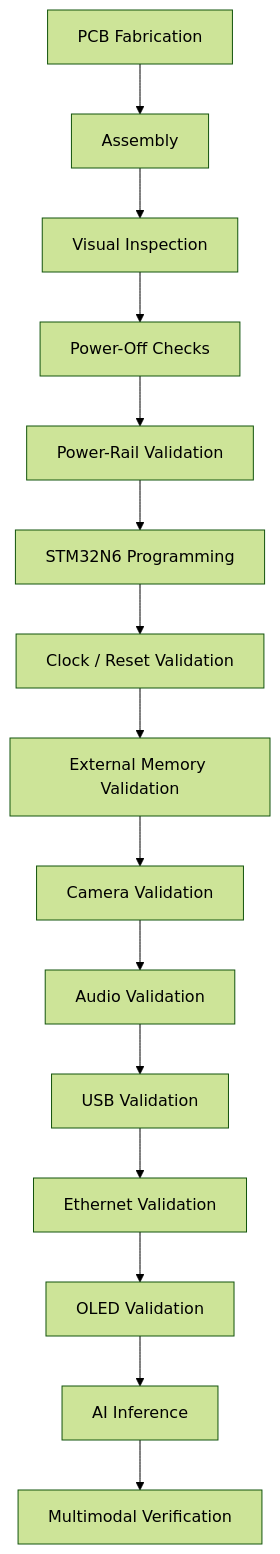
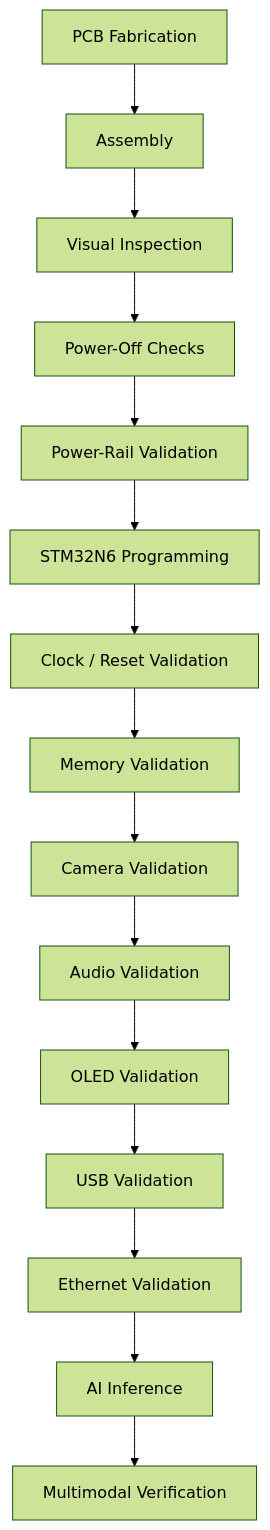
Before and after one commit to danielftsilva/cAiGED: diagram 17 of 18 in README.md, drawn with Mermaid (forest theme). The commit also changed other lines of this file, not shown here.

````diff
--- a/README.md
+++ b/README.md
@@ -519,33 +1460,33 @@
 ```mermaid
 flowchart TD
     FAB["PCB Fabrication"]
     ASM["Assembly"]
     INS["Visual Inspection"]
     PWR["Power-Off Checks"]
     RAIL["Power-Rail Validation"]
     MCU["STM32N6 Programming"]
     CLK["Clock / Reset Validation"]
-    MEM["External Memory Validation"]
+    MEM["Memory Validation"]
     CAM["Camera Validation"]
     AUD["Audio Validation"]
+    OLED["OLED Validation"]
     USB["USB Validation"]
     ETH["Ethernet Validation"]
-    OLED["OLED Validation"]
     AI["AI Inference"]
     FUS["Multimodal Verification"]
 
     FAB --> ASM
     ASM --> INS
     INS --> PWR
     PWR --> RAIL
     RAIL --> MCU
     MCU --> CLK
     CLK --> MEM
     MEM --> CAM
     CAM --> AUD
-    AUD --> USB
+    AUD --> OLED
+    OLED --> USB
     USB --> ETH
-    ETH --> OLED
-    OLED --> AI
+    ETH --> AI
     AI --> FUS
 ```
````
